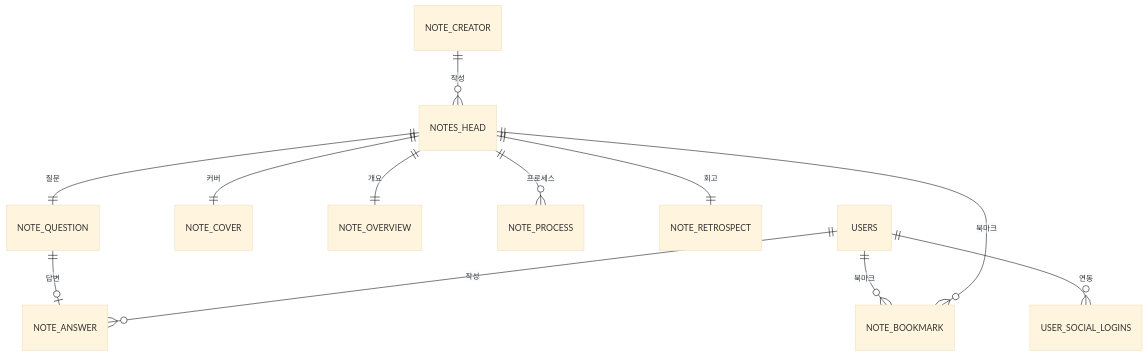
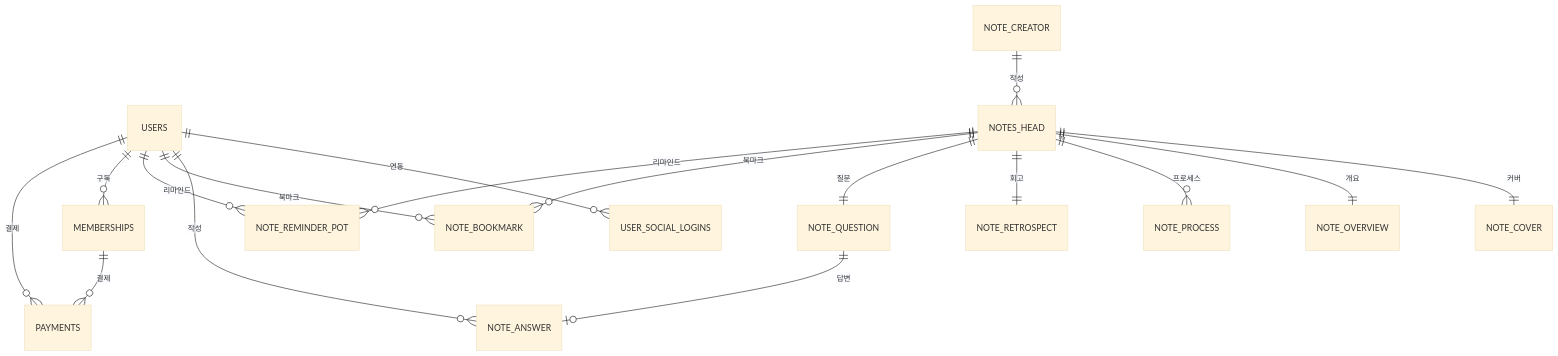
The diagram in SYKim_Doc/ERD.md (Team-Okebari/Server-Backend), drawn with Mermaid (base theme) before and after one commit. The commit also changed other lines of this file and 40 other files, not shown here.

````diff
--- a/SYKim_Doc/ERD.md
+++ b/SYKim_Doc/ERD.md
@@ -155,14 +210,19 @@
 ```mermaid
 erDiagram
     USERS ||--o{ USER_SOCIAL_LOGINS : "연동"
     NOTE_CREATOR ||--o{ NOTES_HEAD : "작성"
     NOTES_HEAD ||--|| NOTE_COVER : "커버"
     NOTES_HEAD ||--|| NOTE_OVERVIEW : "개요"
     NOTES_HEAD ||--o{ NOTE_PROCESS : "프로세스"
     NOTES_HEAD ||--|| NOTE_RETROSPECT : "회고"
     NOTES_HEAD ||--|| NOTE_QUESTION : "질문"
     NOTE_QUESTION ||--o| NOTE_ANSWER : "답변"
     USERS ||--o{ NOTE_ANSWER : "작성"
     USERS ||--o{ NOTE_BOOKMARK : "북마크"
     NOTES_HEAD ||--o{ NOTE_BOOKMARK : "북마크"
+    USERS ||--o{ NOTE_REMINDER_POT : "리마인드"
+    NOTES_HEAD ||--o{ NOTE_REMINDER_POT : "리마인드"
+    USERS ||--o{ MEMBERSHIPS : "구독"
+    MEMBERSHIPS ||--o{ PAYMENTS : "결제"
+    USERS ||--o{ PAYMENTS : "결제"
 ```
````
